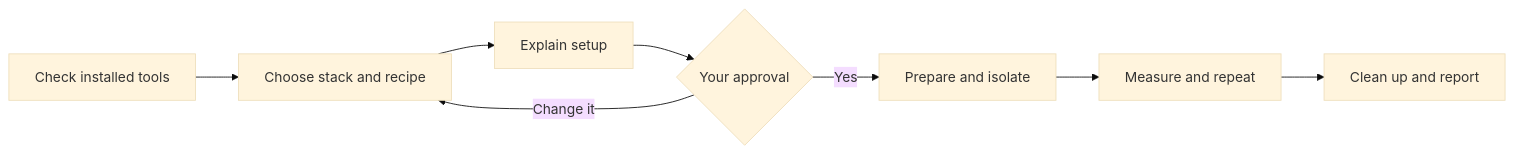
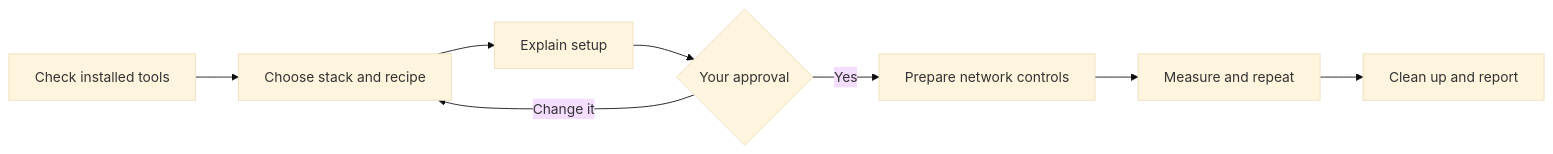
One commit to theseoframework/tsf-wp-benchmark changed the diagram in README.md. Above: the diagram before and after it, drawn with Mermaid (base theme). The commit also changed other lines of this file and 36 other files, not shown here.

````diff
--- a/README.md
+++ b/README.md
@@ -48,10 +53,10 @@
 ```mermaid
 flowchart LR
     A[Check installed tools] --> B[Choose stack and recipe]
     B --> C[Explain setup]
     C --> D{Your approval}
-    D -->|Yes| E[Prepare and isolate]
+    D -->|Yes| E[Prepare network controls]
     E --> F[Measure and repeat]
     F --> G[Clean up and report]
     D -->|Change it| B
 ```
````
